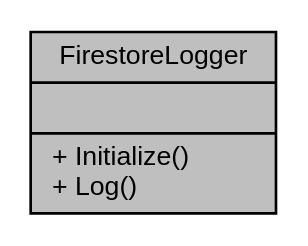
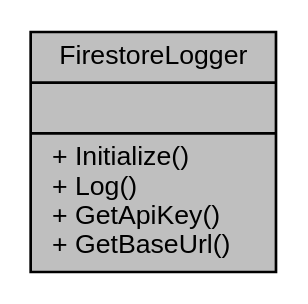
One commit to saleemhamo/traffic-light-system changed the diagram in classFirestoreLogger__coll__graph.dot. Above: the diagram before and after it, drawn with Graphviz. The commit also changed 138 other files, not shown here.

```diff
--- a/classFirestoreLogger__coll__graph.dot
+++ b/classFirestoreLogger__coll__graph.dot
@@ -1,7 +1,7 @@
 digraph "FirestoreLogger"
 {
  // LATEX_PDF_SIZE
   edge [fontname="Helvetica",fontsize="10",labelfontname="Helvetica",labelfontsize="10"];
   node [fontname="Helvetica",fontsize="10",shape=record];
-  Node1 [label="{FirestoreLogger\n||+ Initialize()\l+ Log()\l}",height=0.2,width=0.4,color="black", fillcolor="grey75", style="filled", fontcolor="black",tooltip="Logger class for sending logs to Google Firestore."];
+  Node1 [label="{FirestoreLogger\n||+ Initialize()\l+ Log()\l+ GetApiKey()\l+ GetBaseUrl()\l}",height=0.2,width=0.4,color="black", fillcolor="grey75", style="filled", fontcolor="black",tooltip="Logger class for sending logs to Google Firestore."];
 }
```
